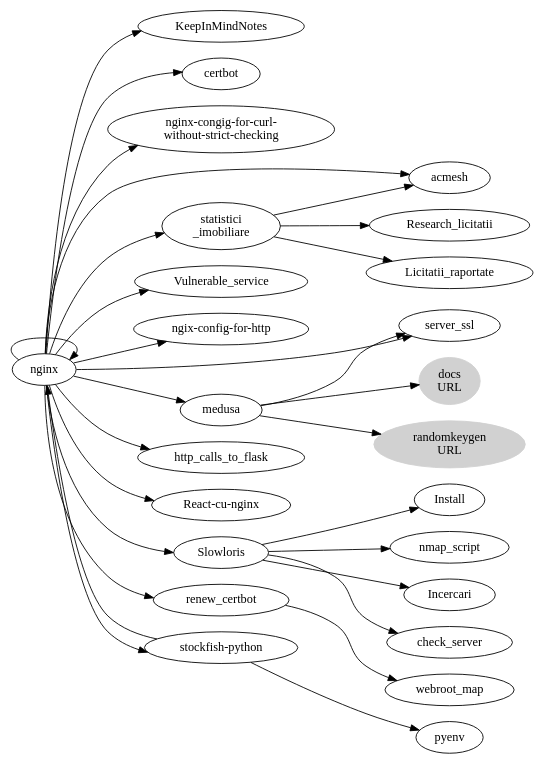
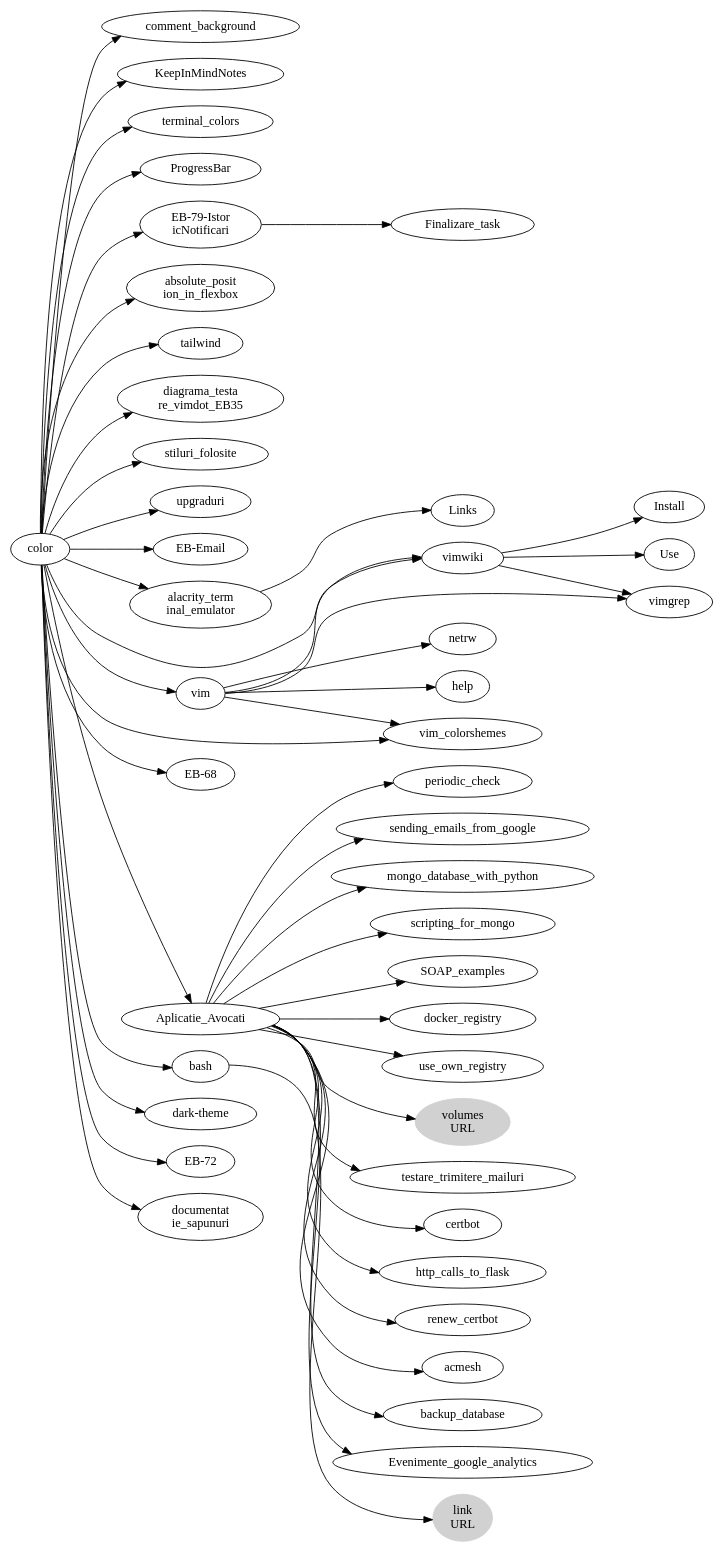
Before and after one commit to lupascugabrielcristian/utility_scripts: the diagram in notes-graph/input.dot, drawn with Graphviz. The commit also changed 7 other files, not shown here.

```diff
--- a/notes-graph/input.dot
+++ b/notes-graph/input.dot
@@ -1,34 +1,53 @@
 digraph {
 	rankdir=LR;
-	nginx -> "KeepInMindNotes"
-	nginx -> "certbot"
-	nginx -> "nginx-congig-for-curl-\nwithout-strict-checking"
-	nginx -> "acmesh"
-	nginx -> "statistici\n_imobiliare"
-	nginx -> "Vulnerable_service"
-	nginx -> "ngix-config-for-http"
-	nginx -> "medusa"
-	nginx -> "server_ssl"
-	nginx -> "http_calls_to_flask"
-	nginx -> "nginx"
-	nginx -> "React-cu-nginx"
-	nginx -> "Slowloris"
-	nginx -> "renew_certbot"
-	nginx -> "stockfish-python"
-	"statistici\n_imobiliare" -> "Research_licitatii"
-	"statistici\n_imobiliare" -> "acmesh"
-	"statistici\n_imobiliare" -> "Licitatii_raportate"
-	"medusa" -> "docs\nURL"
-	"medusa" -> "server_ssl"
-	"medusa" -> "randomkeygen\nURL"
-	"Slowloris" -> "Install"
-	"Slowloris" -> "nmap_script"
-	"Slowloris" -> "Incercari"
-	"Slowloris" -> "check_server"
-	"renew_certbot" -> "webroot_map"
-	"stockfish-python" -> "nginx"
-	"stockfish-python" -> "pyenv"
+	color -> "comment_background"
+	color -> "KeepInMindNotes"
+	color -> "terminal_colors"
+	color -> "ProgressBar"
+	color -> "EB-79-Istor\nicNotificari"
+	color -> "absolute_posit\nion_in_flexbox"
+	color -> "tailwind"
+	color -> "diagrama_testa\nre_vimdot_EB35"
+	color -> "stiluri_folosite"
+	color -> "upgraduri"
+	color -> "EB-Email"
+	color -> "alacrity_term\ninal_emulator"
+	color -> "vimwiki"
+	color -> "EB-68"
+	color -> "Aplicatie_Avocati"
+	color -> "bash"
+	color -> "vim"
+	color -> "dark-theme"
+	color -> "EB-72"
+	color -> "vim_colorshemes"
+	color -> "documentat\nie_sapunuri"
+	"EB-79-Istor\nicNotificari" -> "Finalizare_task"
+	"alacrity_term\ninal_emulator" -> "Links"
+	"vimwiki" -> "Install"
+	"vimwiki" -> "Use"
+	"vimwiki" -> "vimgrep"
+	"Aplicatie_Avocati" -> "periodic_check"
+	"Aplicatie_Avocati" -> "sending_emails_from_google"
+	"Aplicatie_Avocati" -> "mongo_database_with_python"
+	"Aplicatie_Avocati" -> "scripting_for_mongo"
+	"Aplicatie_Avocati" -> "SOAP_examples"
+	"Aplicatie_Avocati" -> "docker_registry"
+	"Aplicatie_Avocati" -> "use_own_registry"
+	"Aplicatie_Avocati" -> "volumes\nURL"
+	"Aplicatie_Avocati" -> "testare_trimitere_mailuri"
+	"Aplicatie_Avocati" -> "certbot"
+	"Aplicatie_Avocati" -> "http_calls_to_flask"
+	"Aplicatie_Avocati" -> "renew_certbot"
+	"Aplicatie_Avocati" -> "acmesh"
+	"Aplicatie_Avocati" -> "backup_database"
+	"Aplicatie_Avocati" -> "Evenimente_google_analytics"
+	"bash" -> "link\nURL"
+	"vim" -> "netrw"
+	"vim" -> "vimwiki"
+	"vim" -> "help"
+	"vim" -> "vimgrep"
+	"vim" -> "vim_colorshemes"
 
-	"docs\nURL" [color="#D1D1D1", style=filled]
-	"randomkeygen\nURL" [color="#D1D1D1", style=filled]
+	"volumes\nURL" [color="#D1D1D1", style=filled]
+	"link\nURL" [color="#D1D1D1", style=filled]
 }
```
